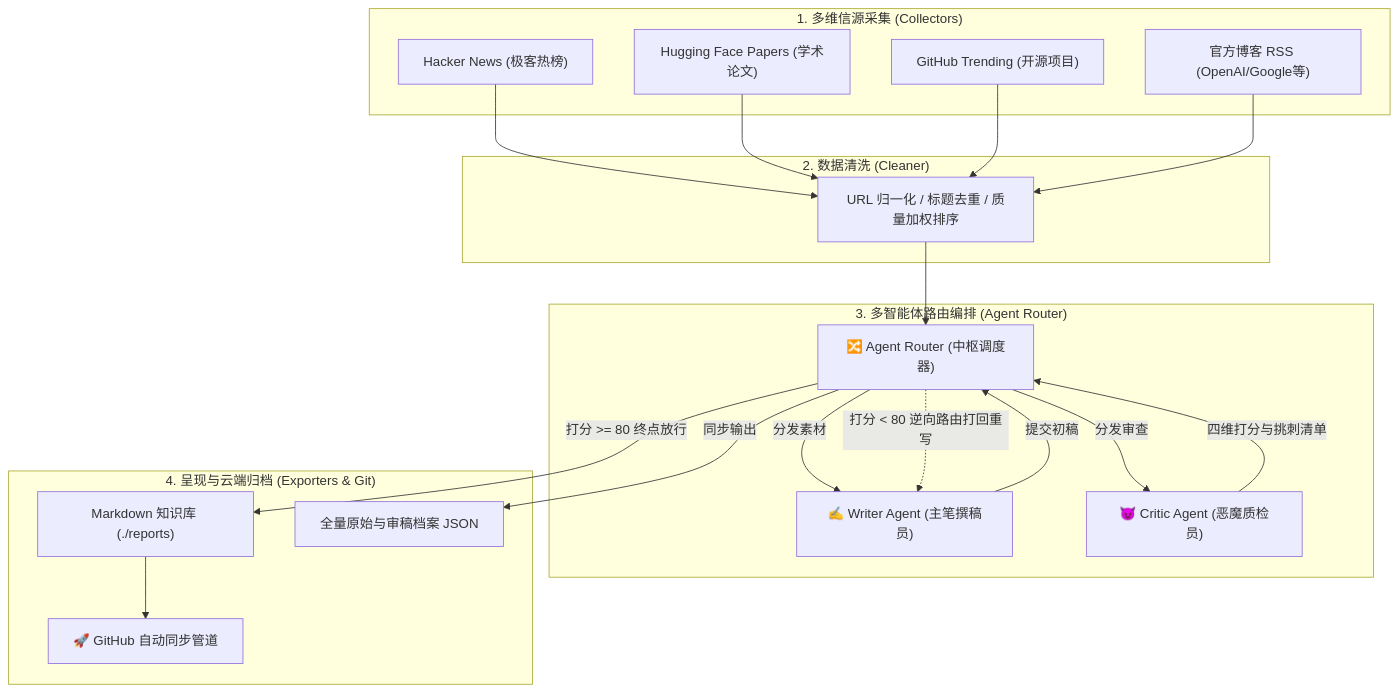
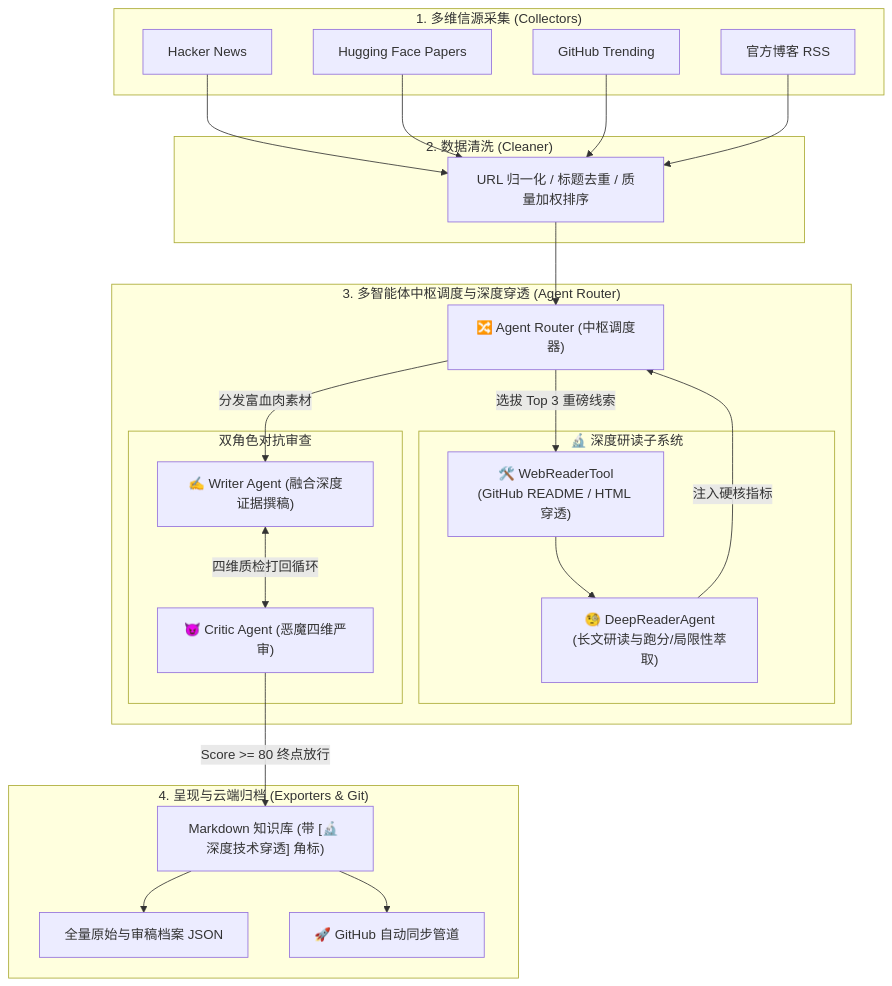
Before and after one commit to cheeseooh-ctrl/AI-Knowledge-Agent: the diagram in README.md, drawn with Mermaid. The commit also changed other lines of this file and 12 other files, not shown here.

Commit message:
feat(v1.2.0): 引入 DeepReaderAgent 深度穿透研究员与 WebReaderTool 网页正文/代码抽取工具链

````diff
--- a/README.md
+++ b/README.md
@@ -29,41 +30,49 @@
 ```mermaid
 flowchart TD
     subgraph S1["1. 多维信源采集 (Collectors)"]
-        HN["Hacker News (极客热榜)"]
-        HF["Hugging Face Papers (学术论文)"]
-        GH["GitHub Trending (开源项目)"]
-        RSS["官方博客 RSS (OpenAI/Google等)"]
+        HN["Hacker News"]
+        HF["Hugging Face Papers"]
+        GH["GitHub Trending"]
+        RSS["官方博客 RSS"]
     end
 
     subgraph S2["2. 数据清洗 (Cleaner)"]
         Clean["URL 归一化 / 标题去重 / 质量加权排序"]
     end
 
-    subgraph S3["3. 多智能体路由编排 (Agent Router)"]
+    subgraph S3["3. 多智能体中枢调度与深度穿透 (Agent Router)"]
         Router["🔀 Agent Router (中枢调度器)"]
-        Writer["✍️ Writer Agent (主笔撰稿员)"]
-        Critic["😈 Critic Agent (恶魔质检员)"]
         
-        Router -->|分发素材| Writer
-        Writer -->|提交初稿| Router
-        Router -->|分发审查| Critic
-        Critic -->|四维打分与挑刺清单| Router
-        Router -.->|打分 < 80 逆向路由打回重写| Writer
+        subgraph Deep["🔬 深度研读子系统"]
+            Tool["🛠️ WebReaderTool<br>(GitHub README / HTML 穿透)"]
+            DeepAgent["🧐 DeepReaderAgent<br>(长文研读与跑分/局限性萃取)"]
+            Tool --> DeepAgent
+        end
+
+        subgraph Debate["双角色对抗审查"]
+            Writer["✍️ Writer Agent (融合深度证据撰稿)"]
+            Critic["😈 Critic Agent (恶魔四维严审)"]
+            Writer <-->|四维质检打回循环| Critic
+        end
+
+        Router -->|选拔 Top 3 重磅线索| Tool
+        DeepAgent -->|注入硬核指标| Router
+        Router -->|分发富血肉素材| Writer
     end
 
     subgraph S4["4. 呈现与云端归档 (Exporters & Git)"]
-        MD["Markdown 知识库 (./reports)"]
+        MD["Markdown 知识库 (带 [🔬 深度技术穿透] 角标)"]
         JSON["全量原始与审稿档案 JSON"]
         GitPush["🚀 GitHub 自动同步管道"]
     end
 
     HN --> Clean
     HF --> Clean
     GH --> Clean
     RSS --> Clean
 
     Clean --> Router
-    Router -->|打分 >= 80 终点放行| MD
-    Router -->|同步输出| JSON
+    Critic -->|Score >= 80 终点放行| MD
+    MD --> JSON
     MD --> GitPush
 ```
````
